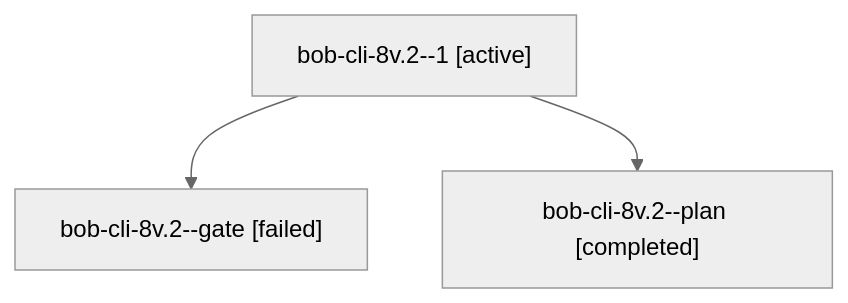
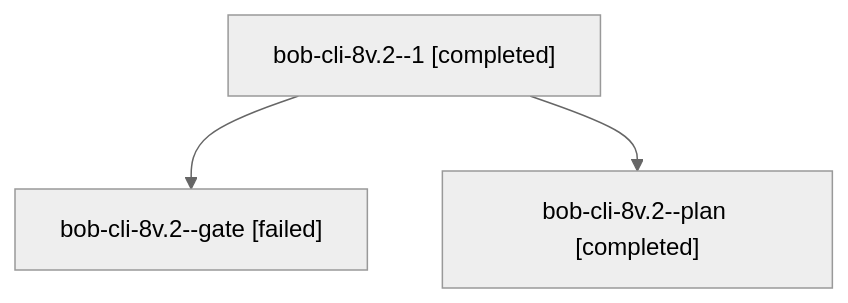
One commit to bobs-org/bob-cli--agents changed the diagram in sessions/bbugyi200.athena.bob-cli-8v.2.md. Above: the diagram before and after it, drawn with Mermaid (neutral theme). The commit also changed other lines of this file and 50 other files, not shown here.

````diff
--- a/sessions/bbugyi200.athena.bob-cli-8v.2.md
+++ b/sessions/bbugyi200.athena.bob-cli-8v.2.md
@@ -9,8 +9,8 @@
 ```mermaid
 flowchart TD
-  n0["bob-cli-8v.2--1 [active]"]
+  n0["bob-cli-8v.2--1 [completed]"]
   n1["bob-cli-8v.2--gate [failed]"]
   n0 --> n1
   n2["bob-cli-8v.2--plan [completed]"]
   n0 --> n2
 ```
````
